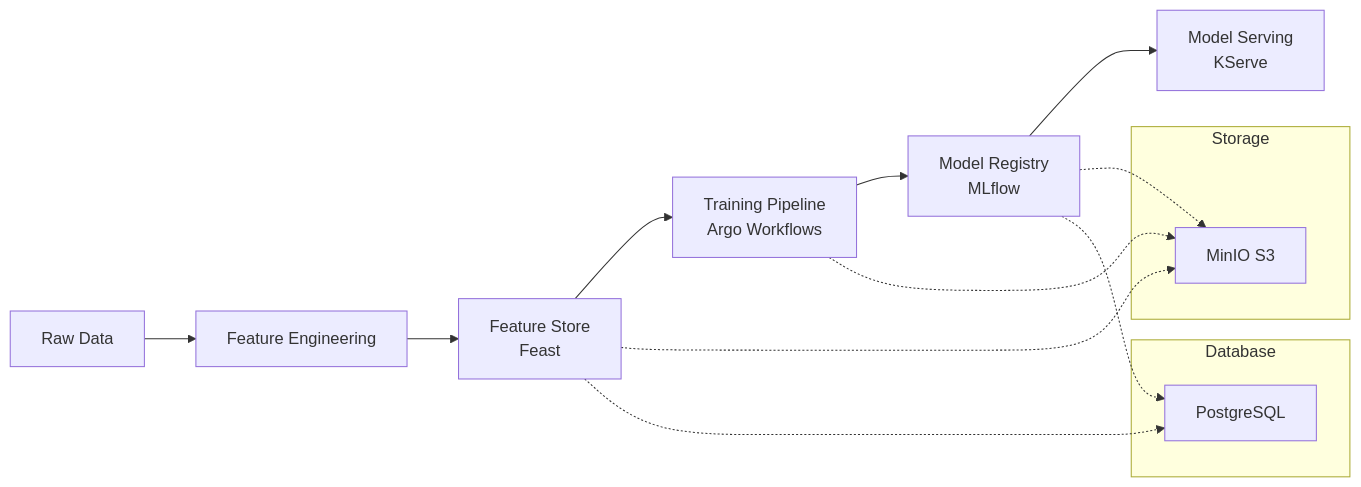
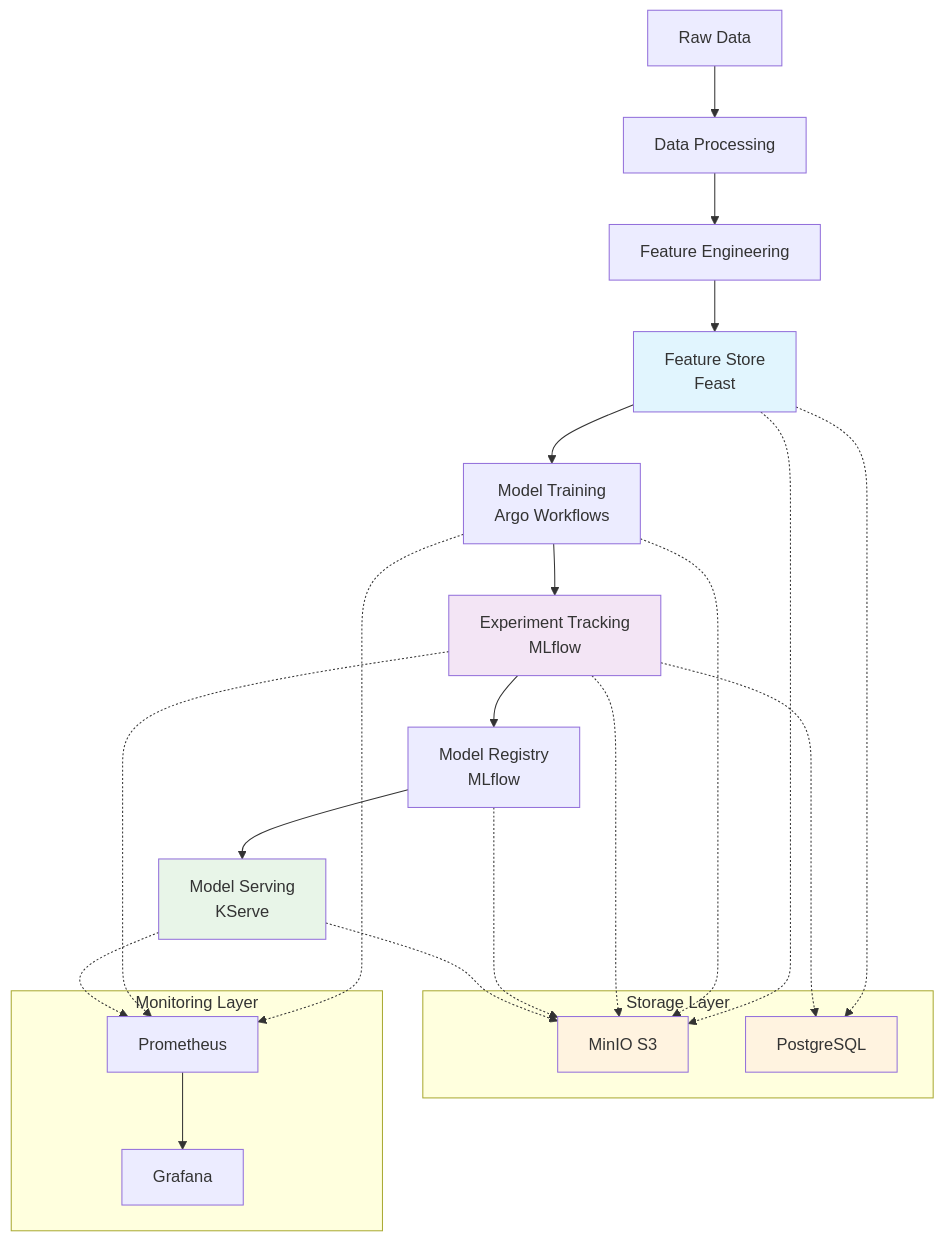
One commit to zaterka/kornerstone changed the diagram in README.md. Above: the diagram before and after it, drawn with Mermaid. The commit also changed other lines of this file and 16 other files, not shown here.

Commit message:
fix(Helm): added helm chart integration fixes (#2)

````diff
--- a/README.md
+++ b/README.md
@@ -29,22 +41,39 @@
 ```mermaid
-graph LR
-    A[Raw Data] --> B[Feature Engineering]
-    B --> C[Feature Store<br/>Feast]
-    C --> D[Training Pipeline<br/>Argo Workflows]
-    D --> E[Model Registry<br/>MLflow]
-    E --> F[Model Serving<br/>KServe]
+graph TB
+    A[Raw Data] --> B[Data Processing]
+    B --> C[Feature Engineering]
+    C --> D[Feature Store<br/>Feast]
+    D --> E[Model Training<br/>Argo Workflows]
+    E --> F[Experiment Tracking<br/>MLflow]
+    F --> G[Model Registry<br/>MLflow]
+    G --> H[Model Serving<br/>KServe]
     
-    subgraph Storage
-        G[MinIO S3]
+    subgraph Storage Layer
+        I[MinIO S3]
+        J[PostgreSQL]
     end
     
-    subgraph Database
-        H[PostgreSQL]
+    subgraph Monitoring Layer
+        K[Prometheus]
+        L[Grafana]
     end
     
-    C -.-> G
-    C -.-> H
-    D -.-> G
-    E -.-> G
-    E -.-> H
+    D -.-> I
+    D -.-> J
+    E -.-> I
+    F -.-> I
+    F -.-> J
+    G -.-> I
+    H -.-> I
+    
+    E -.-> K
+    F -.-> K
+    H -.-> K
+    K --> L
+    
+    style D fill:#e1f5fe
+    style F fill:#f3e5f5
+    style H fill:#e8f5e8
+    style I fill:#fff3e0
+    style J fill:#fff3e0
 ```
````
